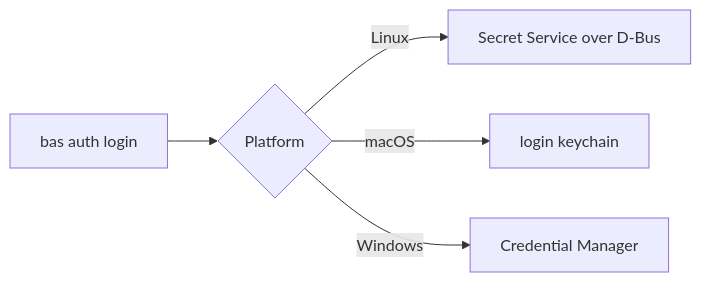
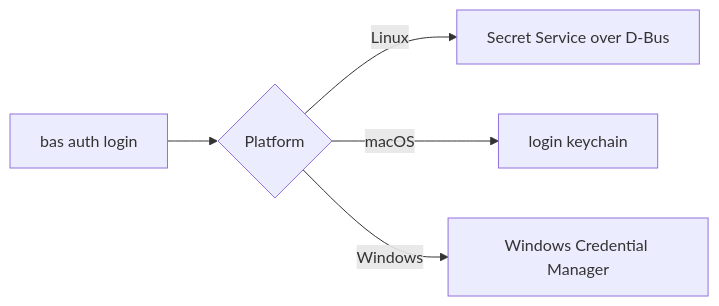
Before and after one commit to bjoernaagaard/bas: the diagram in docs/src/platforms.md, drawn with Mermaid. The commit also changed other lines of this file and 6 other files, not shown here.

````diff
--- a/docs/src/platforms.md
+++ b/docs/src/platforms.md
@@ -40,7 +42,7 @@
 ```mermaid
 flowchart LR
     L[bas auth login] --> M{Platform}
     M -->|Linux| D[Secret Service over D-Bus]
     M -->|macOS| K[login keychain]
-    M -->|Windows| W[Credential Manager]
+    M -->|Windows| W[Windows Credential Manager]
 ```
````
